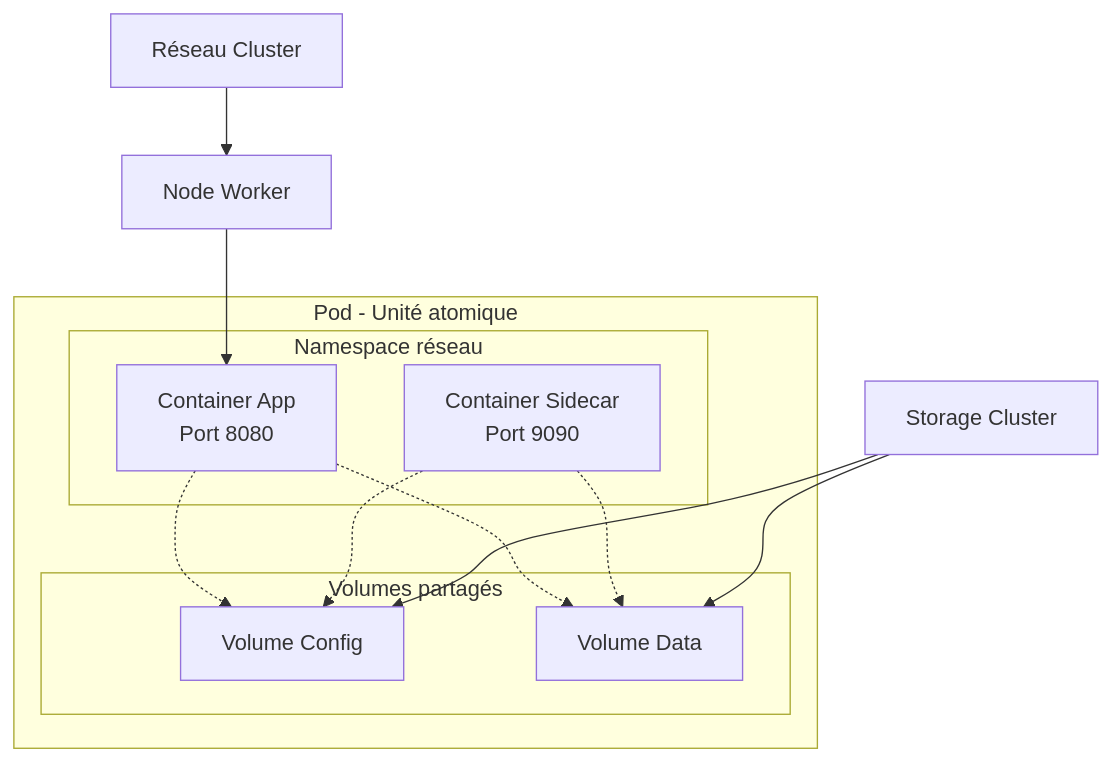
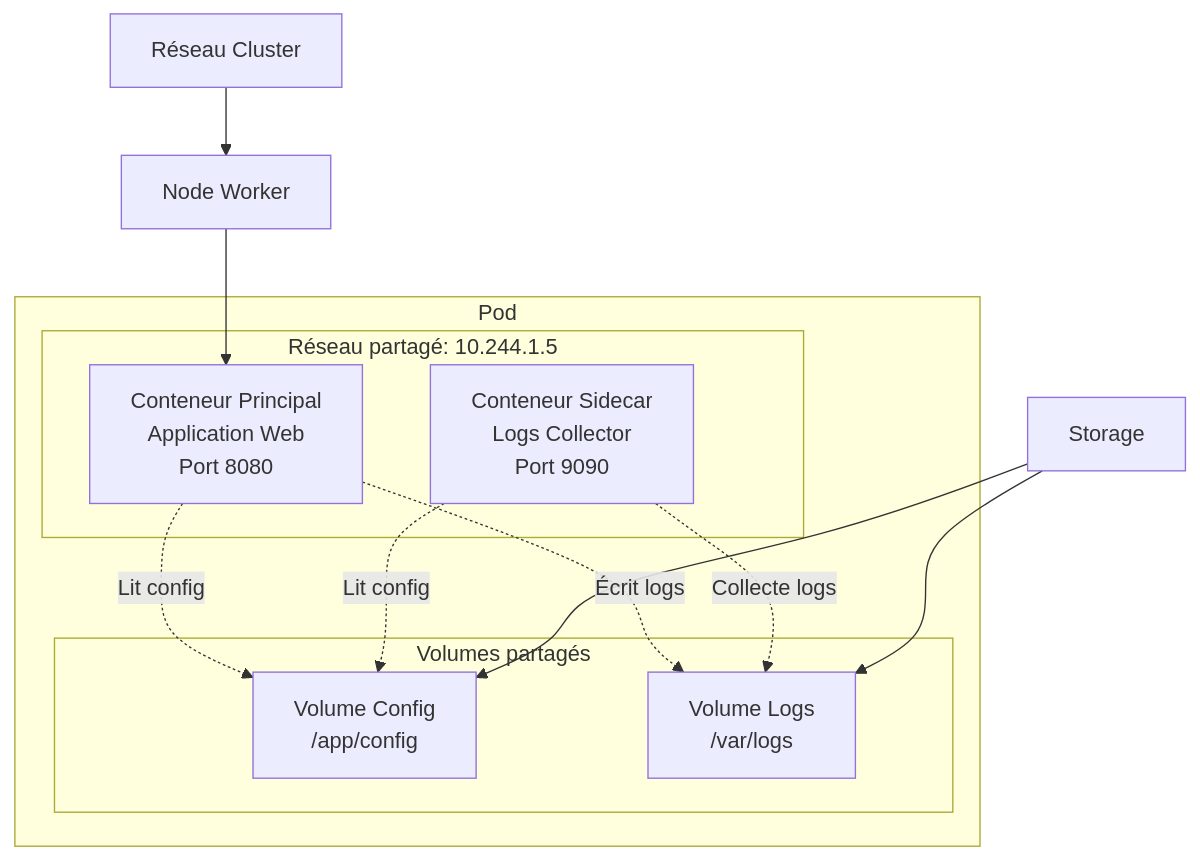
Before and after one commit to hassanaym83/Formation_Devops: the fifth of 12 diagrams in Sprint3-Orchestration-Kubernetes/Semaine-1-Kubernetes-Basics/cours/S3_S1_cours_kubernetes_basics.md, drawn with Mermaid. The commit also changed other lines of this file, not shown here.

````diff
--- a/Sprint3-Orchestration-Kubernetes/Semaine-1-Kubernetes-Basics/cours/S3_S1_cours_kubernetes_basics.md
+++ b/Sprint3-Orchestration-Kubernetes/Semaine-1-Kubernetes-Basics/cours/S3_S1_cours_kubernetes_basics.md
@@ -912,23 +1125,23 @@
 ```mermaid
 graph TB
-    subgraph "Pod - Unité atomique"
-        subgraph "Namespace réseau"
-            A[Container App<br/>Port 8080]
-            B[Container Sidecar<br/>Port 9090]
+    subgraph "Pod"
+        subgraph "Réseau partagé: 10.244.1.5"
+            A[Conteneur Principal<br/>Application Web<br/>Port 8080]
+            B[Conteneur Sidecar<br/>Logs Collector<br/>Port 9090]
         end
         subgraph "Volumes partagés"
-            C[Volume Config]
-            D[Volume Data]
+            C[Volume Config<br/>/app/config]
+            D[Volume Logs<br/>/var/logs]
         end
     end
 
-    A -.-> C
-    A -.-> D
-    B -.-> C
-    B -.-> D
+    A -.->|Lit config| C
+    A -.->|Écrit logs| D
+    B -.->|Lit config| C
+    B -.->|Collecte logs| D
 
     E[Node Worker] --> A
     F[Réseau Cluster] --> E
-    G[Storage Cluster] --> C
+    G[Storage] --> C
     G --> D
 ```
````
